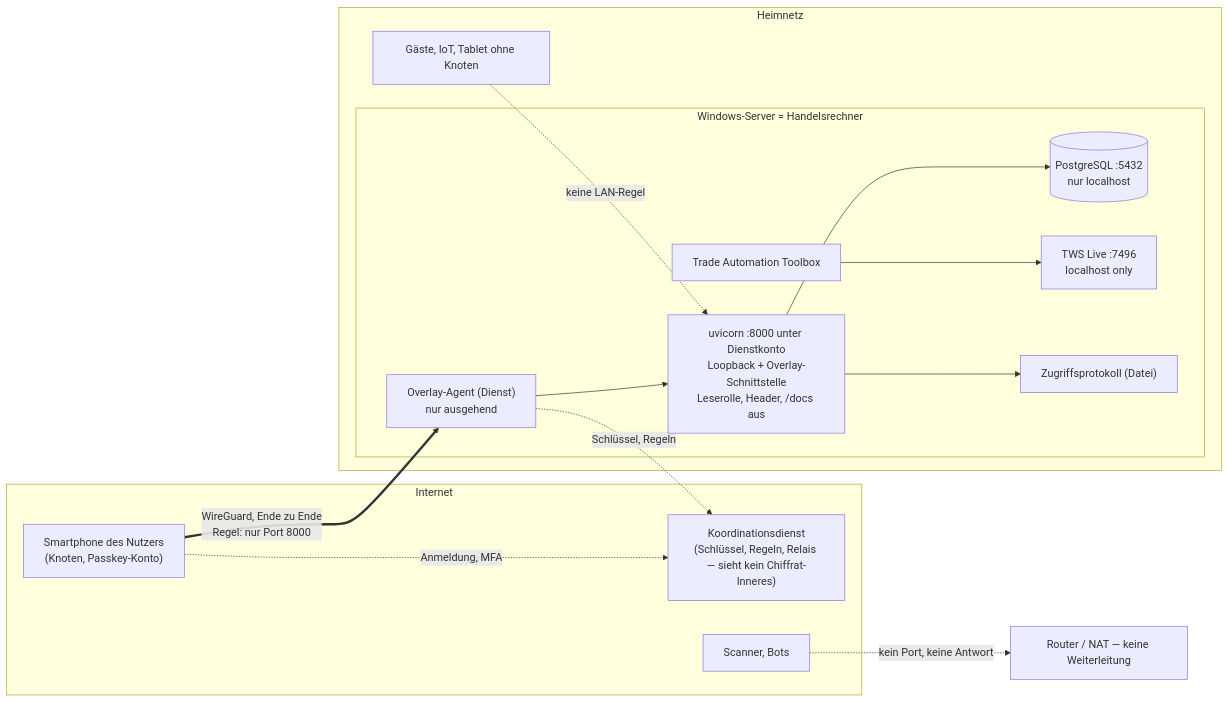
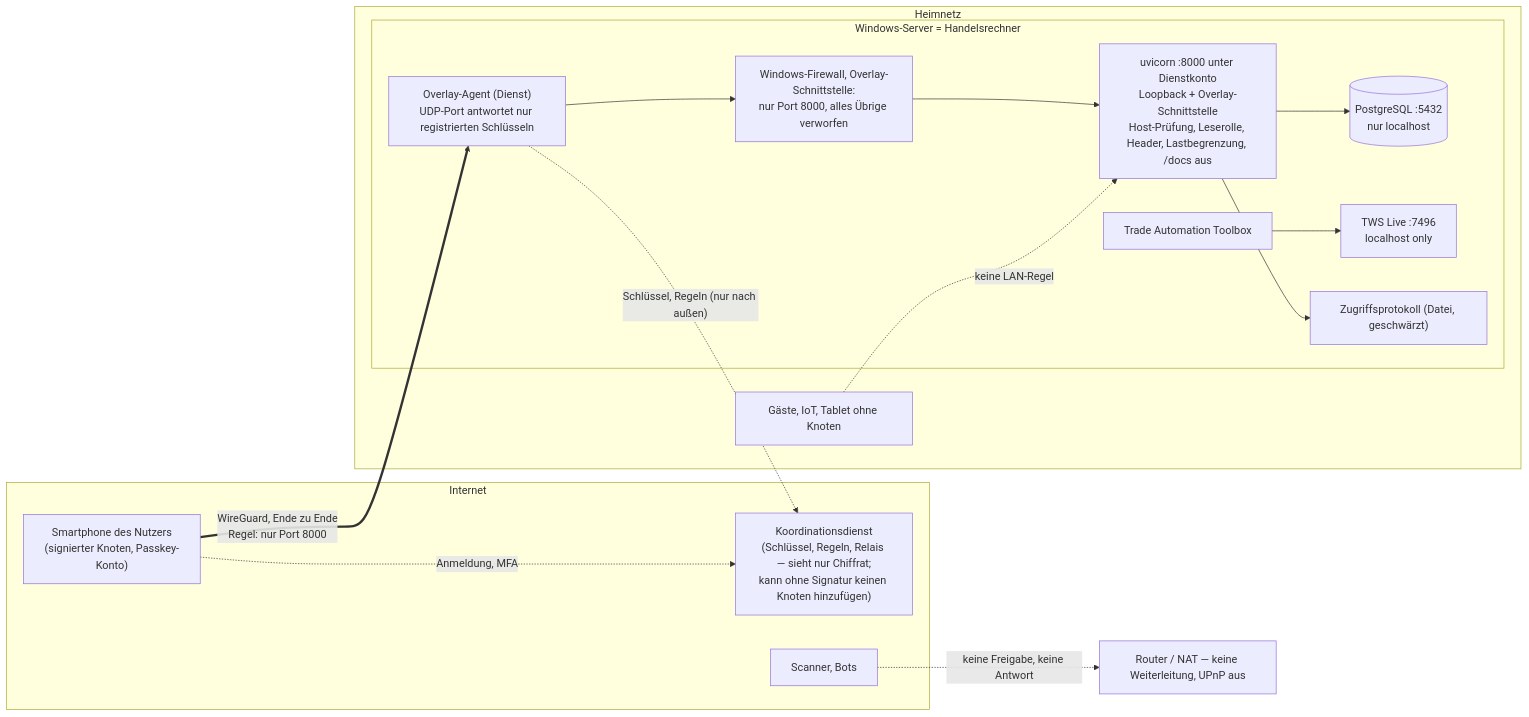
The second of 2 diagrams in docs/requirements/f12-externer-zugriff-spike.md (thommson92/TradingViewAnalyzer), drawn with Mermaid before and after one commit. The commit also changed other lines of this file and 2 other files, not shown here.

````diff
--- a/docs/requirements/f12-externer-zugriff-spike.md
+++ b/docs/requirements/f12-externer-zugriff-spike.md
@@ -1039,29 +1212,31 @@
 ```mermaid
 flowchart LR
     subgraph INTERNET["Internet"]
-        PHONE["Smartphone des Nutzers\n(Knoten, Passkey-Konto)"]
-        COORD["Koordinationsdienst\n(Schlüssel, Regeln, Relais — sieht kein Chiffrat-Inneres)"]
+        PHONE["Smartphone des Nutzers<br/>(signierter Knoten, Passkey-Konto)"]
+        COORD["Koordinationsdienst<br/>(Schlüssel, Regeln, Relais — sieht nur Chiffrat;<br/>kann ohne Signatur keinen Knoten hinzufügen)"]
         SCAN["Scanner, Bots"]
     end
-    ROUTER["Router / NAT — keine Weiterleitung"]
+    ROUTER["Router / NAT — keine Weiterleitung, UPnP aus"]
     subgraph LAN["Heimnetz"]
         OTHER["Gäste, IoT, Tablet ohne Knoten"]
         subgraph HOST["Windows-Server = Handelsrechner"]
-            AGENT["Overlay-Agent (Dienst)\nnur ausgehend"]
-            UV["uvicorn :8000 unter Dienstkonto\nLoopback + Overlay-Schnittstelle\nLeserolle, Header, /docs aus"]
-            PG[("PostgreSQL :5432\nnur localhost")]
-            TWS["TWS Live :7496\nlocalhost only"]
+            AGENT["Overlay-Agent (Dienst)<br/>UDP-Port antwortet nur registrierten Schlüsseln"]
+            FW["Windows-Firewall, Overlay-Schnittstelle:<br/>nur Port 8000, alles Übrige verworfen"]
+            UV["uvicorn :8000 unter Dienstkonto<br/>Loopback + Overlay-Schnittstelle<br/>Host-Prüfung, Leserolle, Header, Lastbegrenzung, /docs aus"]
+            PG[("PostgreSQL :5432<br/>nur localhost")]
+            TWS["TWS Live :7496<br/>localhost only"]
             TAT["Trade Automation Toolbox"]
-            LOG["Zugriffsprotokoll (Datei)"]
+            LOG["Zugriffsprotokoll (Datei, geschwärzt)"]
         end
     end
-    PHONE == "WireGuard, Ende zu Ende\nRegel: nur Port 8000" ==> AGENT
-    AGENT -. "Schlüssel, Regeln" .-> COORD
+    PHONE == "WireGuard, Ende zu Ende<br/>Regel: nur Port 8000" ==> AGENT
+    AGENT -. "Schlüssel, Regeln (nur nach außen)" .-> COORD
     PHONE -. "Anmeldung, MFA" .-> COORD
-    AGENT --> UV
+    AGENT --> FW
+    FW --> UV
     UV --> PG
     UV --> LOG
     TAT --> TWS
-    SCAN -. "kein Port, keine Antwort" .-> ROUTER
+    SCAN -. "keine Freigabe, keine Antwort" .-> ROUTER
     OTHER -. "keine LAN-Regel" .-> UV
 ```
````
